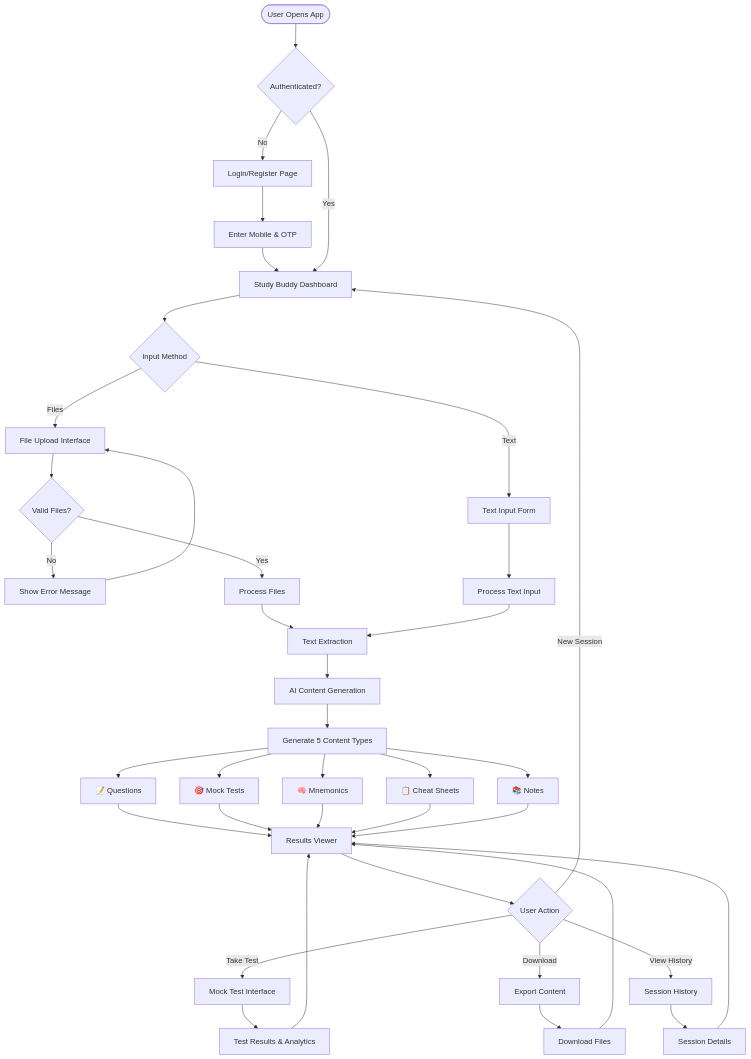
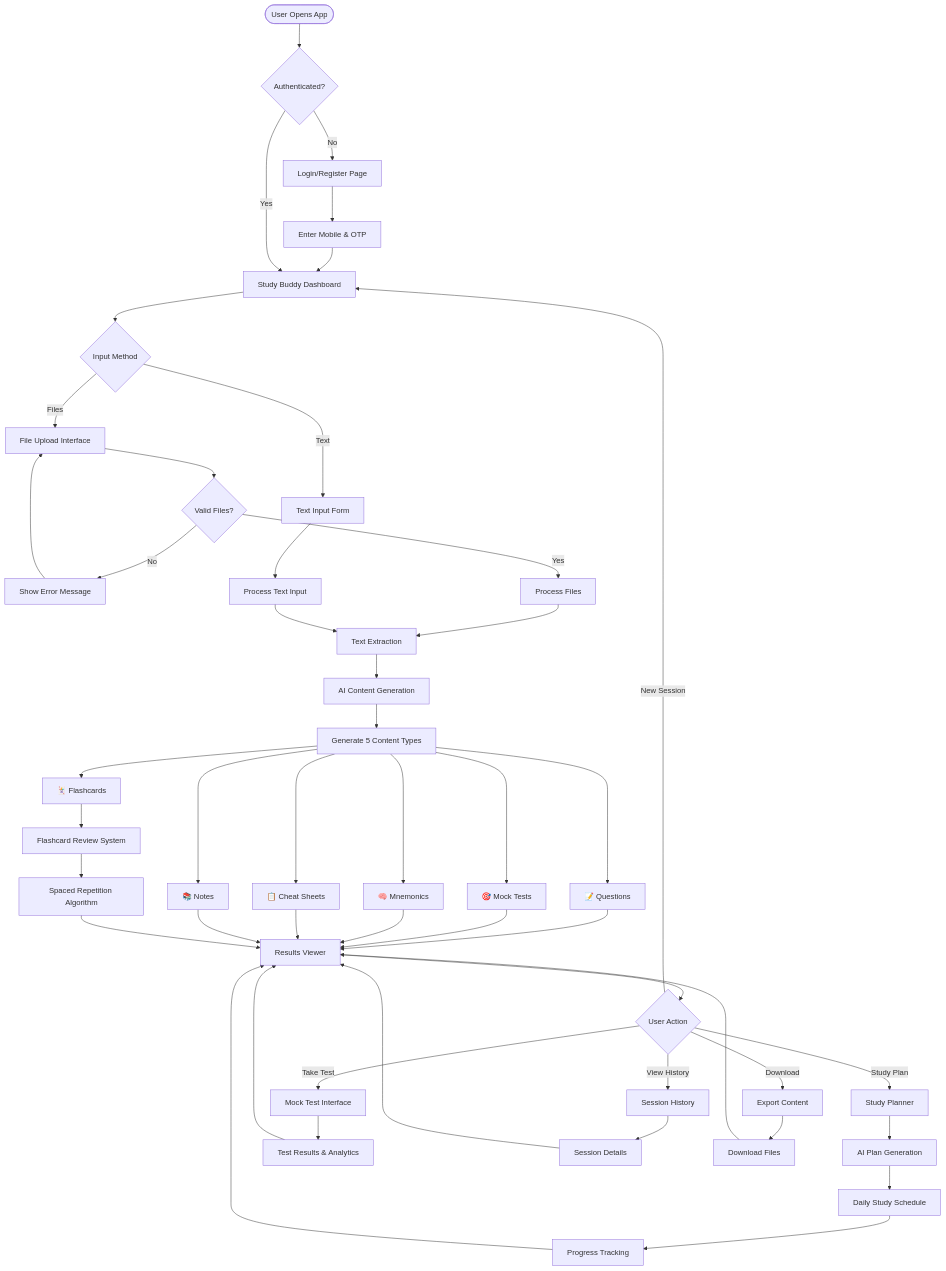
One commit to deepak2837/dynamous-kiro-hackathon changed the second of 14 diagrams in README.md. Above: the diagram before and after it, drawn with Mermaid. The commit also changed other lines of this file and 46 other files, not shown here.

First line of the commit message:
feat: Add comprehensive flashcard generator with spaced repetition

````diff
--- a/README.md
+++ b/README.md
@@ -69,56 +72,67 @@
 ```mermaid
 flowchart TD
     Start([User Opens App]) --> Auth{Authenticated?}
     
     Auth -->|No| Login[Login/Register Page]
     Login --> OTP[Enter Mobile & OTP]
     OTP --> Dashboard[Study Buddy Dashboard]
     
     Auth -->|Yes| Dashboard
     
     Dashboard --> Choice{Input Method}
     
     Choice -->|Files| Upload[File Upload Interface]
     Choice -->|Text| TextInput[Text Input Form]
     
     Upload --> FileValidation{Valid Files?}
     FileValidation -->|No| UploadError[Show Error Message]
     UploadError --> Upload
     FileValidation -->|Yes| ProcessFiles[Process Files]
     
     TextInput --> ProcessText[Process Text Input]
     
     ProcessFiles --> Extract[Text Extraction]
     ProcessText --> Extract
     
     Extract --> AIProcess[AI Content Generation]
     
     AIProcess --> Generate[Generate 5 Content Types]
     
     Generate --> Questions[📝 Questions]
     Generate --> MockTests[🎯 Mock Tests]
     Generate --> Mnemonics[🧠 Mnemonics]
     Generate --> CheatSheets[📋 Cheat Sheets]
     Generate --> Notes[📚 Notes]
+    Generate --> Flashcards[🃏 Flashcards]
     
     Questions --> Results[Results Viewer]
     MockTests --> Results
     Mnemonics --> Results
     CheatSheets --> Results
     Notes --> Results
+    Flashcards --> FlashcardReview[Flashcard Review System]
     
     Results --> Actions{User Action}
     Actions -->|Take Test| TestInterface[Mock Test Interface]
+    Actions -->|Study Plan| StudyPlanner[Study Planner]
     Actions -->|Download| Export[Export Content]
     Actions -->|New Session| Dashboard
     Actions -->|View History| History[Session History]
+    
+    FlashcardReview --> SpacedRepetition[Spaced Repetition Algorithm]
+    SpacedRepetition --> Results
+    
+    StudyPlanner --> PlanGeneration[AI Plan Generation]
+    PlanGeneration --> DailySchedule[Daily Study Schedule]
+    DailySchedule --> ProgressTracking[Progress Tracking]
+    ProgressTracking --> Results
     
     TestInterface --> TestResults[Test Results & Analytics]
     TestResults --> Results
     
     History --> SessionDetails[Session Details]
     SessionDetails --> Results
     
     Export --> Download[Download Files]
     Download --> Results
 ```
````
